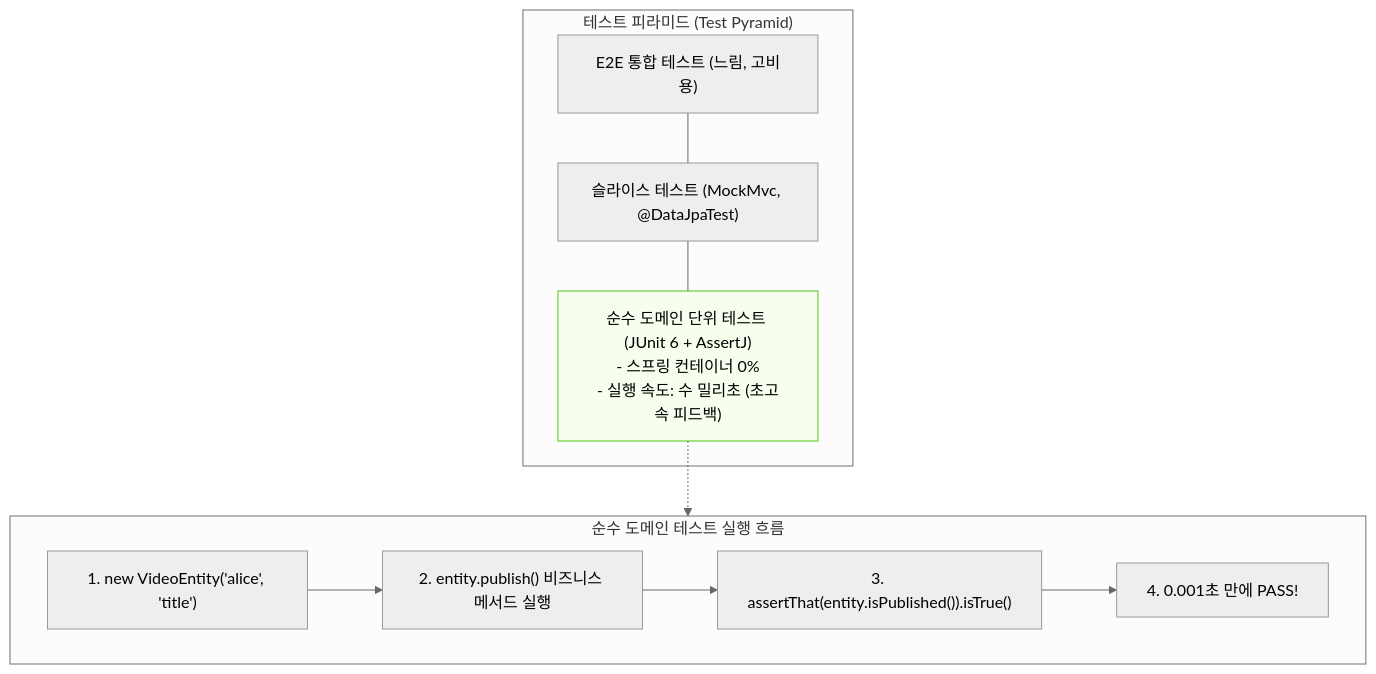
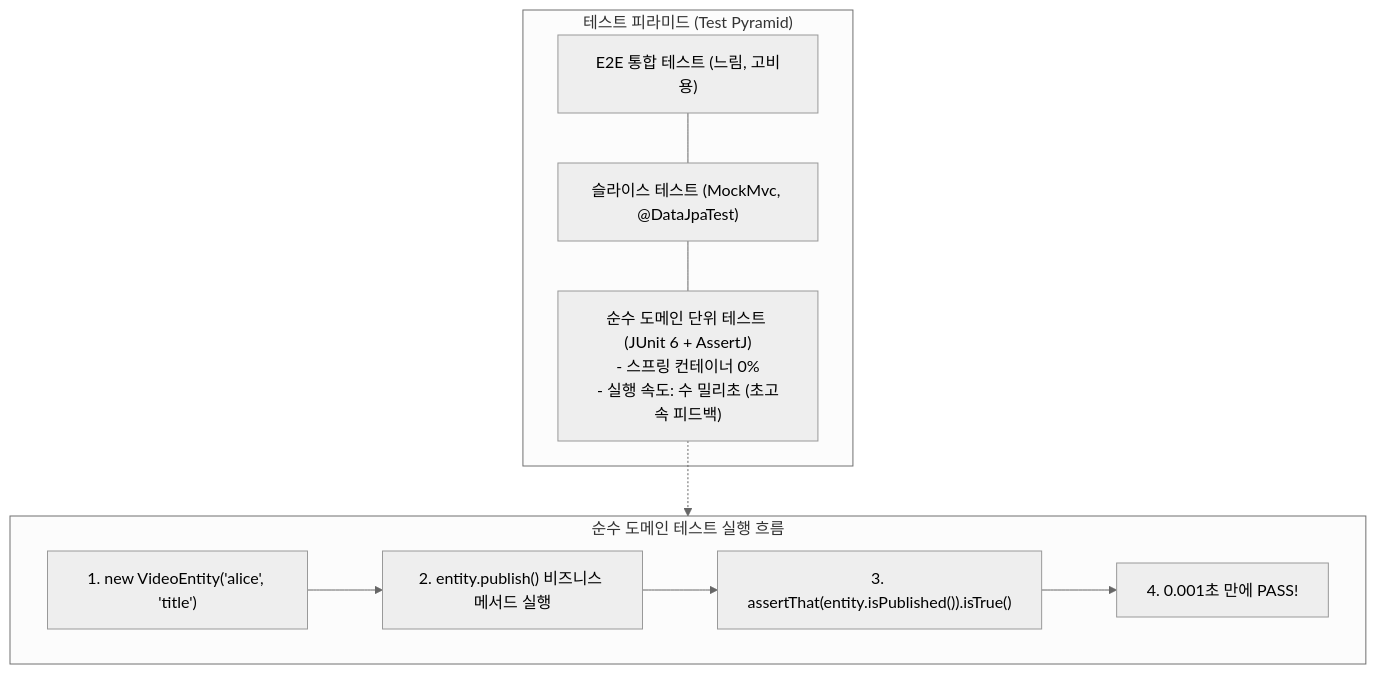
Before and after one commit to sing-u8/Learning_Spring_Boot_4: the diagram in spring-boot-notes/08-testing/01-junit6-and-domain-unit-testing.md, drawn with Mermaid (neutral theme). The commit also changed 5 other files, not shown here.

Commit message:
fix(diagrams): remove hardcoded bright pastel styles for optimal dark mode readability

````diff
--- a/spring-boot-notes/08-testing/01-junit6-and-domain-unit-testing.md
+++ b/spring-boot-notes/08-testing/01-junit6-and-domain-unit-testing.md
@@ -40,19 +40,18 @@
 ```mermaid
 flowchart TD
     subgraph Pyramid ["테스트 피라미드 (Test Pyramid)"]
         E2E["E2E 통합 테스트 (느림, 고비용)"]
         Slice["슬라이스 테스트 (MockMvc, @DataJpaTest)"]
         Unit["순수 도메인 단위 테스트 (JUnit 6 + AssertJ)<br/>- 스프링 컨테이너 0%<br/>- 실행 속도: 수 밀리초 (초고속 피드백)"]
         
         E2E --- Slice --- Unit
     end
 
     subgraph Flow ["순수 도메인 테스트 실행 흐름"]
         Obj["1. new VideoEntity('alice', 'title')"] --> Run["2. entity.publish() 비즈니스 메서드 실행"]
         Run --> Assert["3. assertThat(entity.isPublished()).isTrue()"]
         Assert --> Pass["4. 0.001초 만에 PASS!"]
     end
 
     Unit -.-> Flow
-    style Unit fill:#f6ffed,stroke:#52c41a
 ```
````
